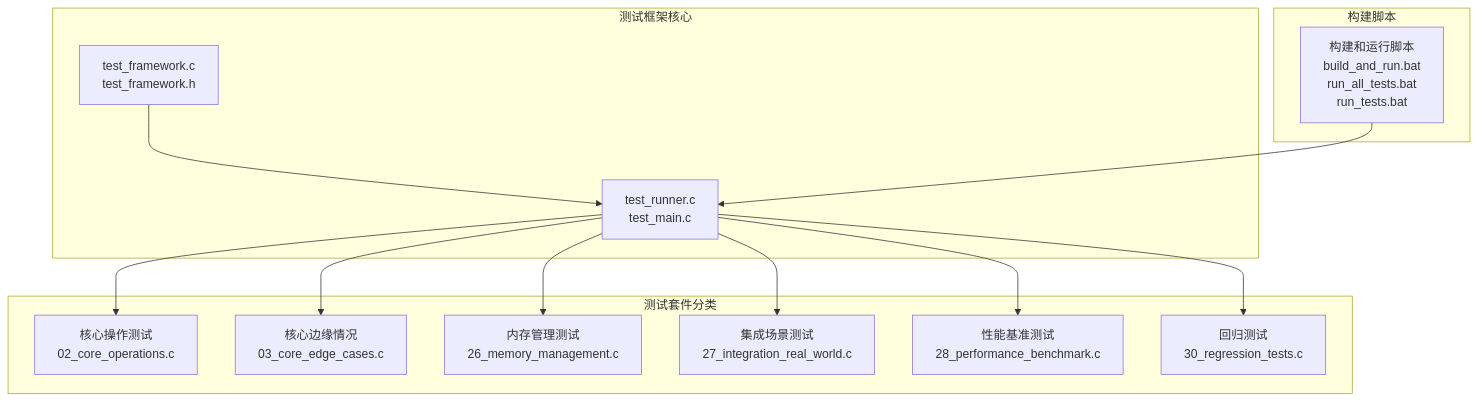
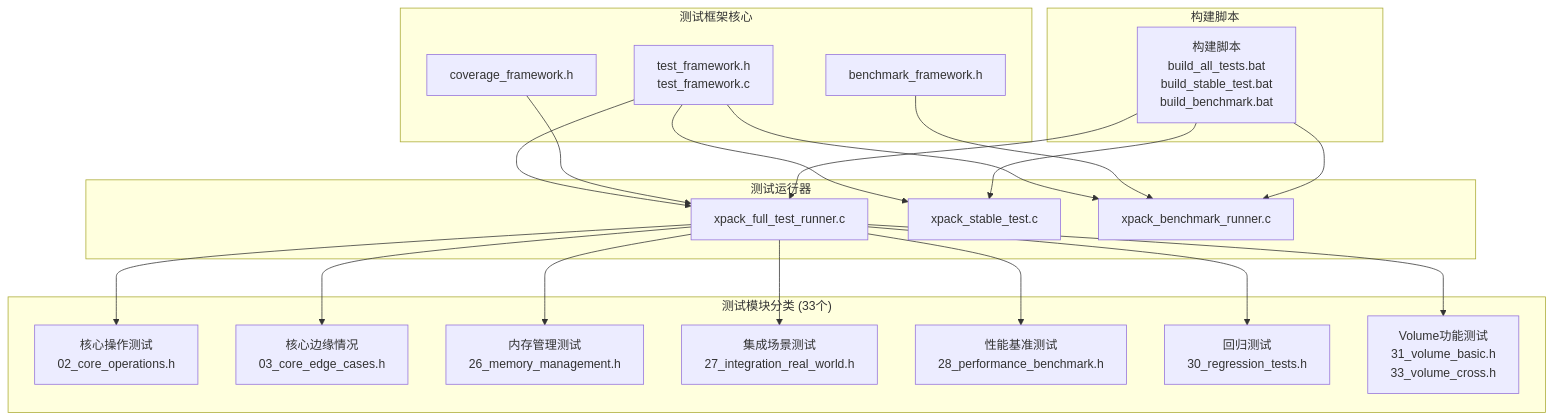
The first of 5 diagrams in .qoder/repowiki/zh/content/开发者指南/测试框架.md (xywhsoft/xpack), drawn with Mermaid before and after one commit. The commit also changed other lines of this file and 42 other files, not shown here.

````diff
--- a/.qoder/repowiki/zh/content/开发者指南/测试框架.md
+++ b/.qoder/repowiki/zh/content/开发者指南/测试框架.md
@@ -50,26 +56,40 @@
 ```mermaid
 graph TB
 subgraph "测试框架核心"
-TFramework["test_framework.c<br/>test_framework.h"]
-TRunner["test_runner.c<br/>test_main.c"]
+TFramework["test_framework.h<br/>test_framework.c"]
+Coverage["coverage_framework.h"]
+Benchmark["benchmark_framework.h"]
 end
-subgraph "测试套件分类"
-CoreOps["核心操作测试<br/>02_core_operations.c"]
-CoreEdge["核心边缘情况<br/>03_core_edge_cases.c"]
-MemMgmt["内存管理测试<br/>26_memory_management.c"]
-Integration["集成场景测试<br/>27_integration_real_world.c"]
-PerfBenchmark["性能基准测试<br/>28_performance_benchmark.c"]
-Regression["回归测试<br/>30_regression_tests.c"]
+subgraph "测试运行器"
+FullRunner["xpack_full_test_runner.c"]
+StableRunner["xpack_stable_test.c"]
+BenchRunner["xpack_benchmark_runner.c"]
+end
+subgraph "测试模块分类 (33个)"
+CoreOps["核心操作测试<br/>02_core_operations.h"]
+CoreEdge["核心边缘情况<br/>03_core_edge_cases.h"]
+MemMgmt["内存管理测试<br/>26_memory_management.h"]
+Integration["集成场景测试<br/>27_integration_real_world.h"]
+PerfBenchmark["性能基准测试<br/>28_performance_benchmark.h"]
+Regression["回归测试<br/>30_regression_tests.h"]
+Volume["Volume功能测试<br/>31_volume_basic.h<br/>33_volume_cross.h"]
 end
 subgraph "构建脚本"
-BuildScripts["构建和运行脚本<br/>build_and_run.bat<br/>run_all_tests.bat<br/>run_tests.bat"]
+BuildScripts["构建脚本<br/>build_all_tests.bat<br/>build_stable_test.bat<br/>build_benchmark.bat"]
 end
-TFramework --> TRunner
-TRunner --> CoreOps
-TRunner --> CoreEdge
-TRunner --> MemMgmt
-TRunner --> Integration
-TRunner --> PerfBenchmark
-TRunner --> Regression
-BuildScripts --> TRunner
+TFramework --> FullRunner
+TFramework --> StableRunner
+TFramework --> BenchRunner
+Coverage --> FullRunner
+Benchmark --> BenchRunner
+FullRunner --> CoreOps
+FullRunner --> CoreEdge
+FullRunner --> MemMgmt
+FullRunner --> Integration
+FullRunner --> PerfBenchmark
+FullRunner --> Regression
+FullRunner --> Volume
+BuildScripts --> FullRunner
+BuildScripts --> StableRunner
+BuildScripts --> BenchRunner
 ```
````
